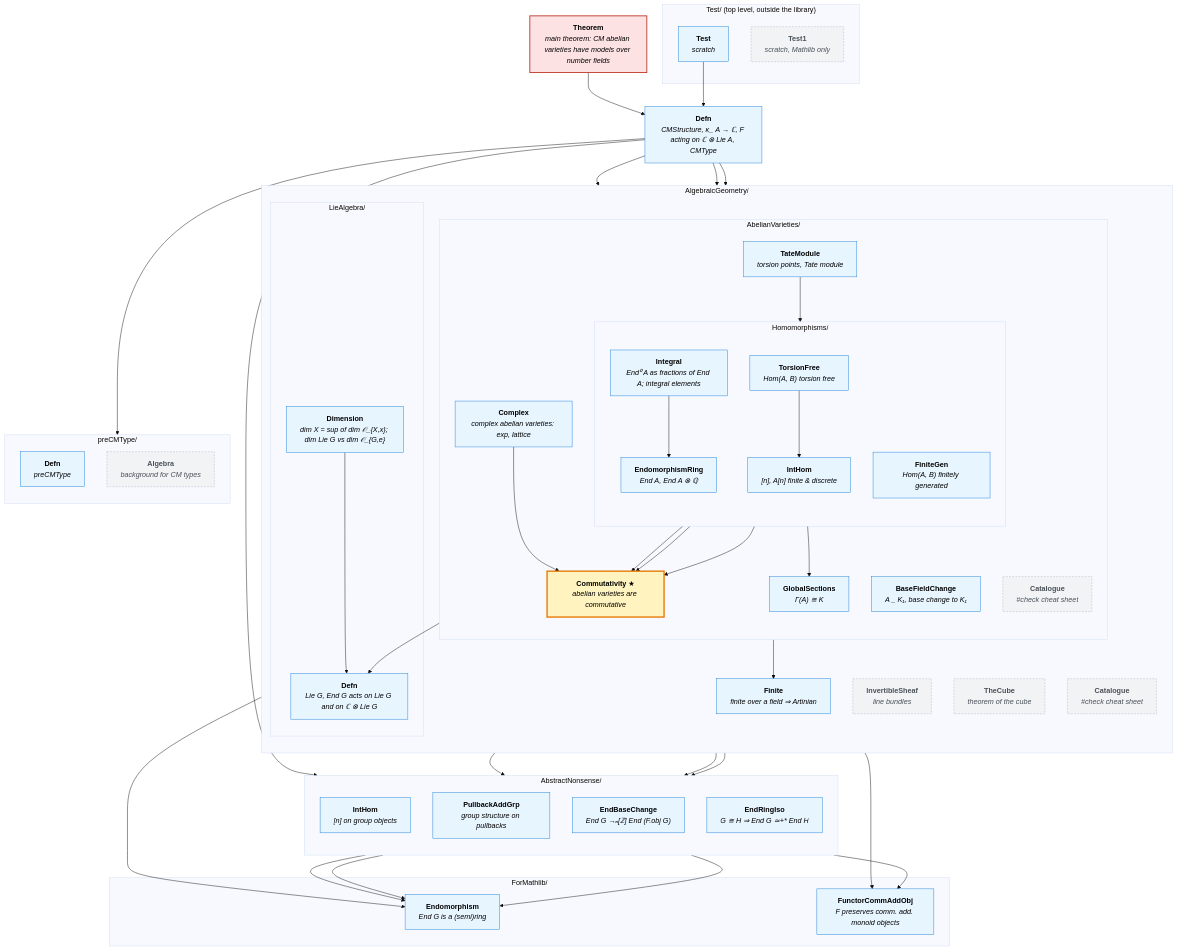
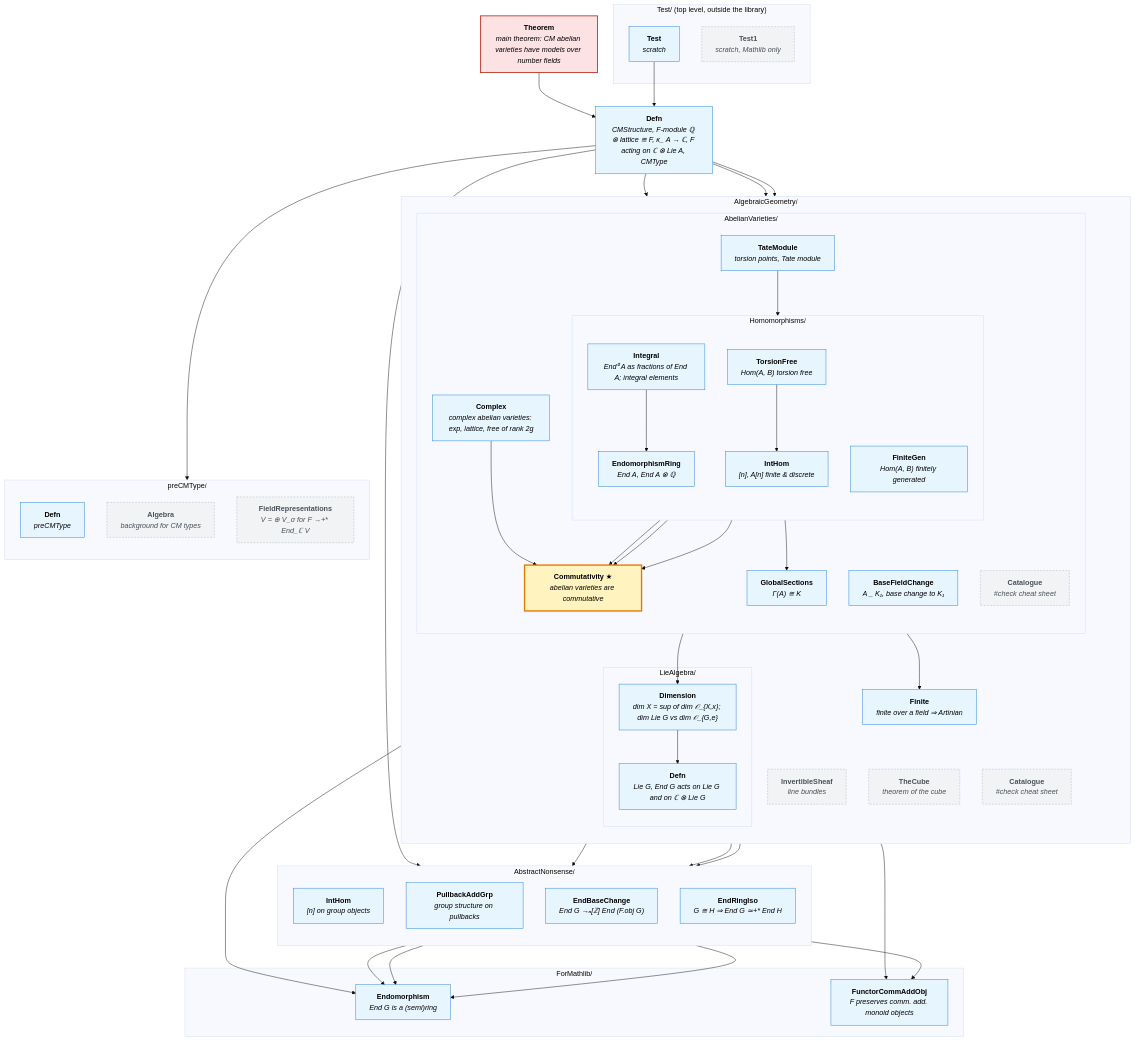
Before and after one commit to abhijitaj1997/CMAbelianVarieties: the diagram in MindMap.md, drawn with Mermaid (base theme). The commit also changed 4 other files, not shown here.

````diff
--- a/MindMap.md
+++ b/MindMap.md
@@ -10,7 +10,7 @@
 graph TD
   %% ---------- top level ----------
   Theorem["<b>Theorem</b><br/><i>main theorem: CM abelian varieties have models over number fields</i>"]
-  Defn["<b>Defn</b><br/><i>CMStructure, κ_ A → ℂ, F acting on ℂ ⊗ Lie A, CMType</i>"]
+  Defn["<b>Defn</b><br/><i>CMStructure, F-module ℚ ⊗ lattice ≅ F, κ_ A → ℂ, F acting on ℂ ⊗ Lie A, CMType</i>"]
 
   %% ---------- AbstractNonsense ----------
   subgraph AN["AbstractNonsense/"]
@@ -39,7 +39,7 @@
       BaseFieldChange["<b>BaseFieldChange</b><br/><i>A _ K₁, base change to K₁</i>"]
       AVCatalogue["<b>Catalogue</b><br/><i>#check cheat sheet</i>"]
       Commutativity["<b>Commutativity</b> ★<br/><i>abelian varieties are commutative</i>"]
-      Complex["<b>Complex</b><br/><i>complex abelian varieties: exp, lattice</i>"]
+      Complex["<b>Complex</b><br/><i>complex abelian varieties: exp, lattice, free of rank 2g</i>"]
       subgraph HOM["Homomorphisms/"]
         direction TB
         EndomorphismRing["<b>EndomorphismRing</b><br/><i>End A, End A ⊗ ℚ</i>"]
@@ -62,6 +62,7 @@
     direction TB
     CMDefn["<b>Defn</b><br/><i>preCMType</i>"]
     CMAlgebra["<b>Algebra</b><br/><i>background for CM types</i>"]
+    FieldRepresentations["<b>FieldRepresentations</b><br/><i>V = ⊕ V_σ for F →+* End_ℂ V</i>"]
   end
 
   %% ---------- Test ----------
@@ -85,7 +86,7 @@
   EndRingIso --> Endomorphism
   FiniteGen --> Commutativity
   Integral --> EndomorphismRing
-  Complex --> LieAlgebra
+  Complex --> Dimension
   Complex --> Commutativity
   TateModule --> IntHomAV
   TorsionFree --> GlobalSections
@@ -108,5 +109,5 @@
   class Theorem goal
   class Commutativity hub
   class EndomorphismRing,FiniteGen,IntHomAV,Complex,TorsionFree,TateModule,GlobalSections,IntHomAN,PullbackAddGrp,Finite,Endomorphism,LieAlgebra,CMDefn,Test,BaseFieldChange,EndBaseChange,FunctorCommAddObj,Defn,EndRingIso,Dimension,Integral connected
-  class AVCatalogue,InvertibleSheaf,TheCube,AGCatalogue,CMAlgebra,Test1 unused
+  class AVCatalogue,InvertibleSheaf,TheCube,AGCatalogue,CMAlgebra,FieldRepresentations,Test1 unused
 ```
````
